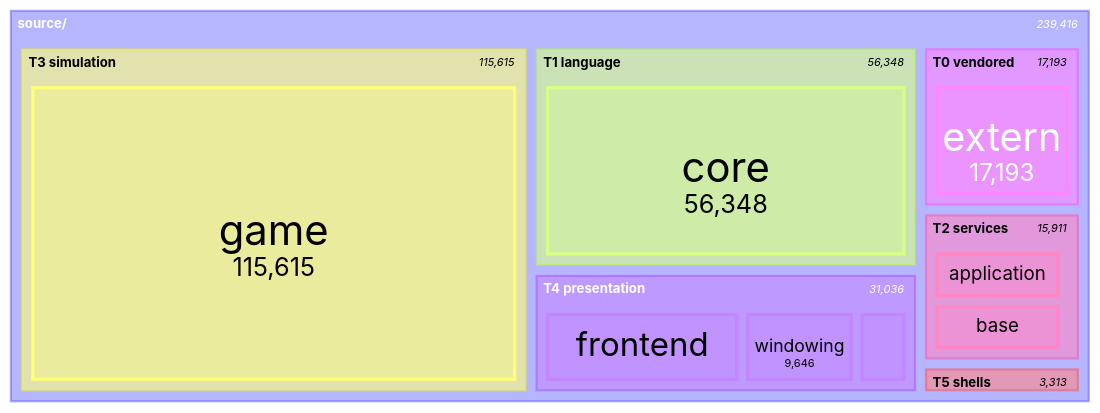
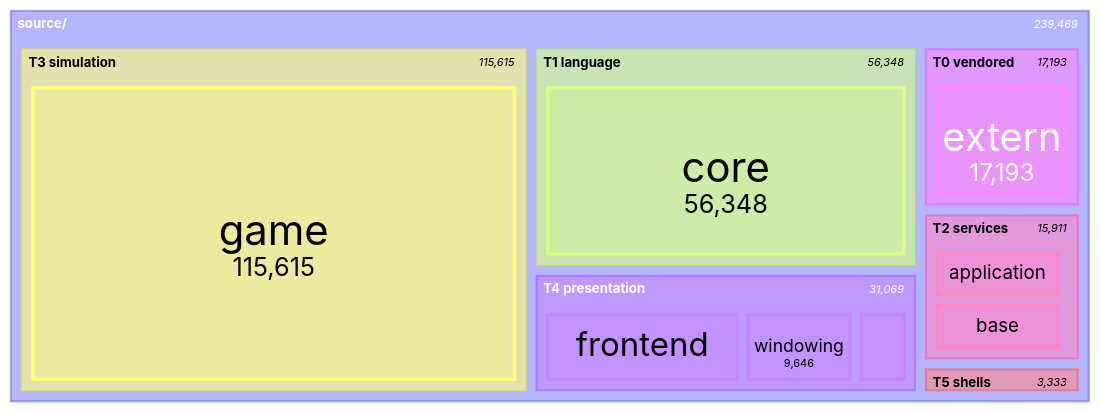
Before and after one commit to apnex/OpenStarbound: the seventh of 11 diagrams in docs/architecture/system-boundaries.md, drawn with Mermaid. The commit also changed other lines of this file and 5 other files, not shown here.

````diff
--- a/docs/architecture/system-boundaries.md
+++ b/docs/architecture/system-boundaries.md
@@ -592,22 +592,22 @@
 ```mermaid
 treemap-beta
 "source/"
     "T0 vendored"
         "extern": 17193
     "T1 language"
         "core": 56348
     "T2 services"
         "application": 7473
         "base": 7449
         "metrics": 847
         "platform": 142
     "T3 simulation"
         "game": 115615
     "T4 presentation"
         "frontend": 16863
         "windowing": 9646
-        "rendering": 4527
+        "rendering": 4560
     "T5 shells"
-        "client": 2530
+        "client": 2550
         "server": 783
 ```
````
